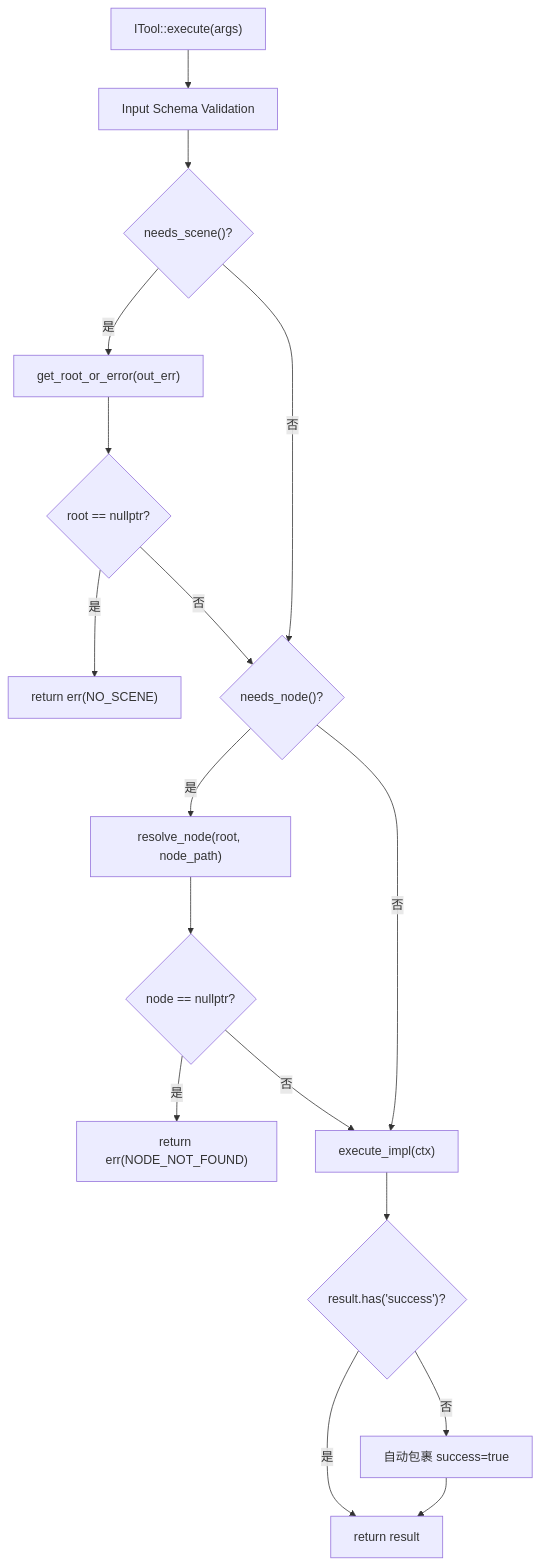
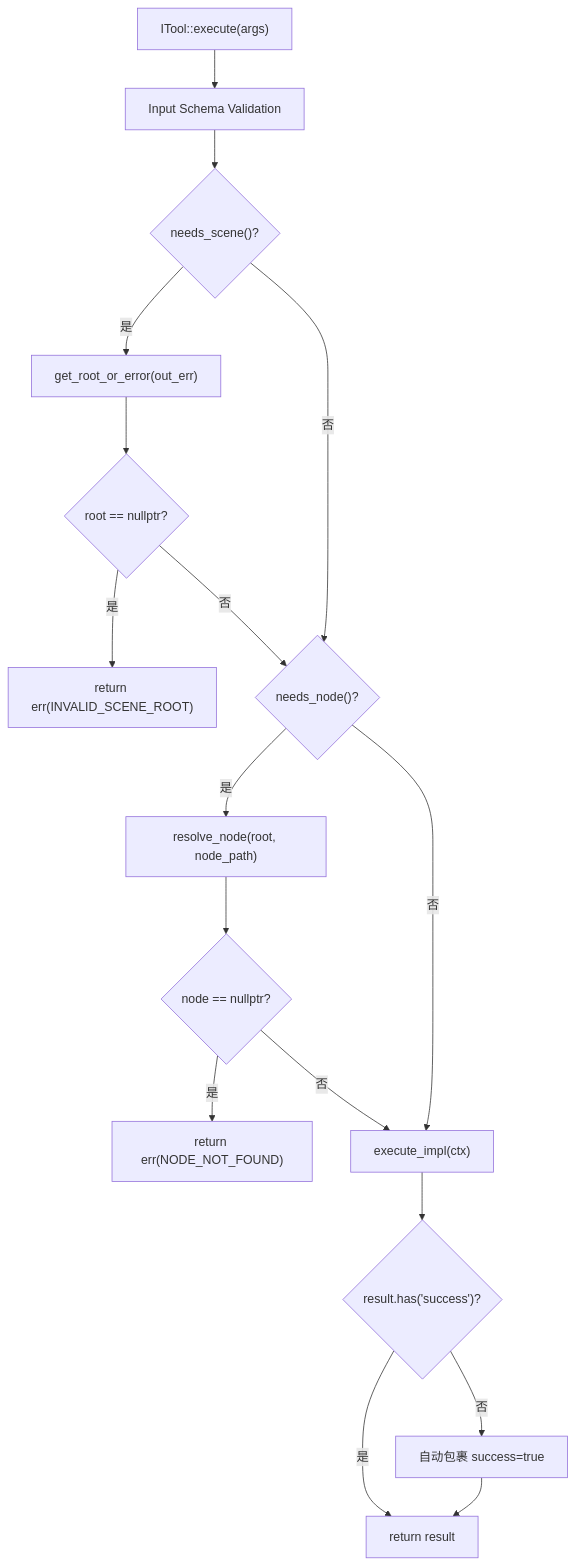
Before and after one commit to jesspig/GodotMCP-GDExtension: the second of 2 diagrams in .repo_wiki/modules/tool-base.md, drawn with Mermaid. The commit also changed other lines of this file and 41 other files, not shown here.

````diff
--- a/.repo_wiki/modules/tool-base.md
+++ b/.repo_wiki/modules/tool-base.md
@@ -122,19 +122,19 @@
 ```mermaid
 flowchart TD
     A["ITool::execute(args)"] --> B["Input Schema Validation"]
     B --> C{"needs_scene()?"}
     C -- "是" --> D["get_root_or_error(out_err)"]
     D --> E{"root == nullptr?"}
-    E -- "是" --> F["return err(NO_SCENE)"]
+    E -- "是" --> F["return err(INVALID_SCENE_ROOT)"]
     E -- "否" --> G{"needs_node()?"}
     C -- "否" --> G
     G -- "是" --> H["resolve_node(root, node_path)"]
     H --> I{"node == nullptr?"}
     I -- "是" --> J["return err(NODE_NOT_FOUND)"]
     I -- "否" --> K["execute_impl(ctx)"]
     G -- "否" --> K
     K --> L{"result.has('success')?"}
     L -- "否" --> M["自动包裹 success=true"]
     L -- "是" --> N["return result"]
     M --> N
 ```
````
